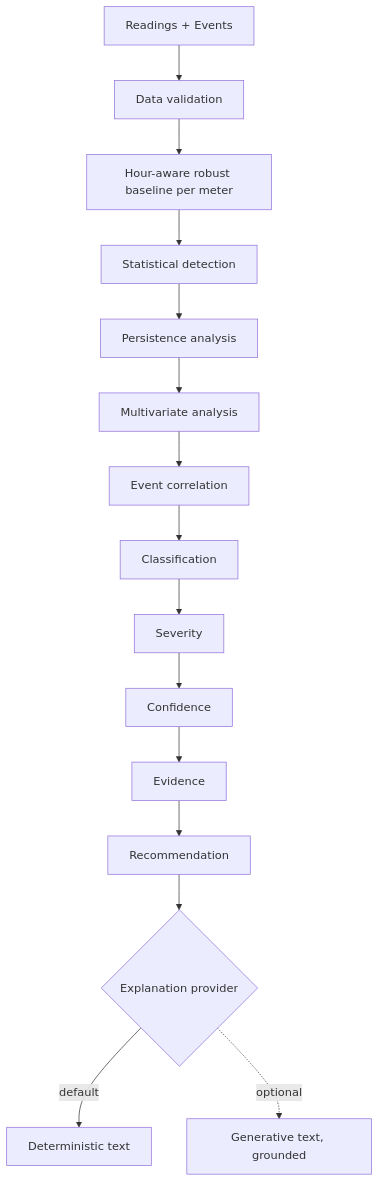
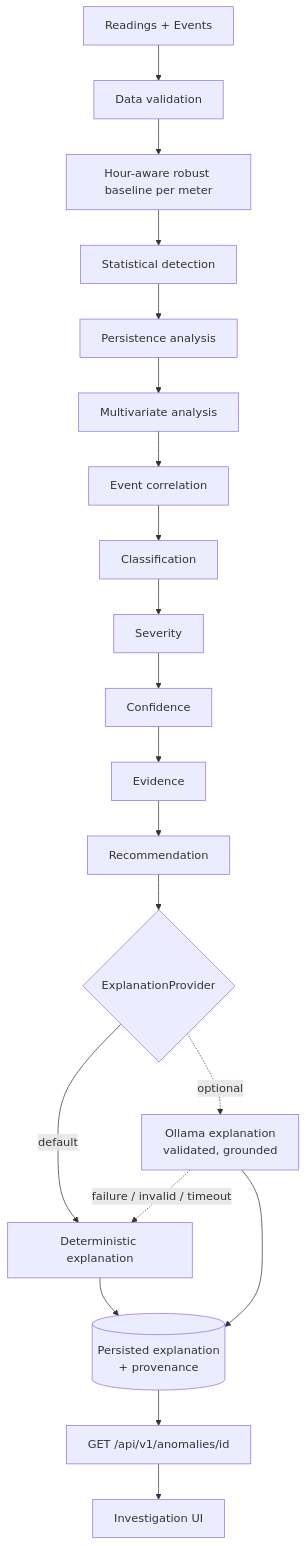
One commit to CodingToShare/Prueba-T-cnica-BiaEnergy changed the second of 3 diagrams in docs/architecture/architecture.md. Above: the diagram before and after it, drawn with Mermaid. The commit also changed other lines of this file and 63 other files, not shown here.

First line of the commit message:
feat: add grounded AI explanation providers

````diff
--- a/docs/architecture/architecture.md
+++ b/docs/architecture/architecture.md
@@ -57,17 +57,22 @@
 ```mermaid
 flowchart TD
   R[Readings + Events] --> V[Data validation]
   V --> B[Hour-aware robust baseline per meter]
   B --> S[Statistical detection]
   S --> P[Persistence analysis]
   P --> M[Multivariate analysis]
   M --> E[Event correlation]
   E --> C[Classification]
   C --> SV[Severity]
   SV --> CF[Confidence]
   CF --> EV[Evidence]
   EV --> RC[Recommendation]
-  RC --> X{Explanation provider}
-  X -->|default| DET[Deterministic text]
-  X -. optional .-> GEN[Generative text, grounded]
+  RC --> X{ExplanationProvider}
+  X -->|default| DET[Deterministic explanation]
+  X -. optional .-> GEN[Ollama explanation<br/>validated, grounded]
+  GEN -. failure / invalid / timeout .-> DET
+  DET --> PX[(Persisted explanation<br/>+ provenance)]
+  GEN --> PX
+  PX --> API2[GET /api/v1/anomalies/id]
+  API2 --> UI[Investigation UI]
 ```
````
